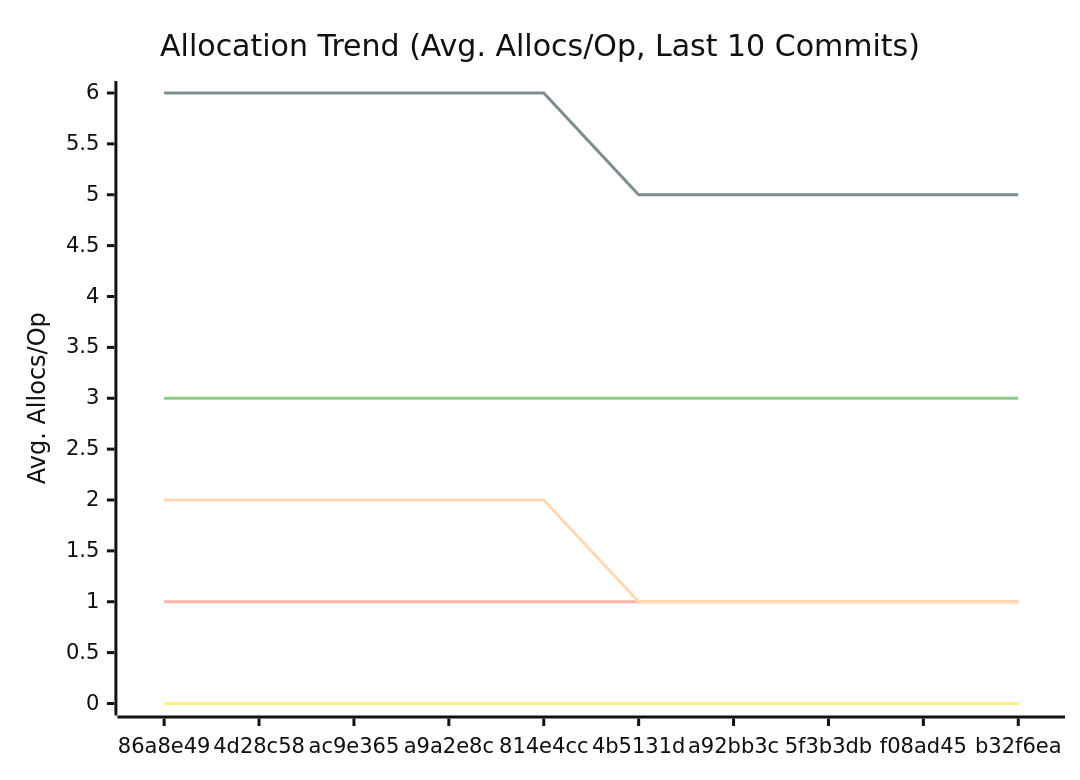
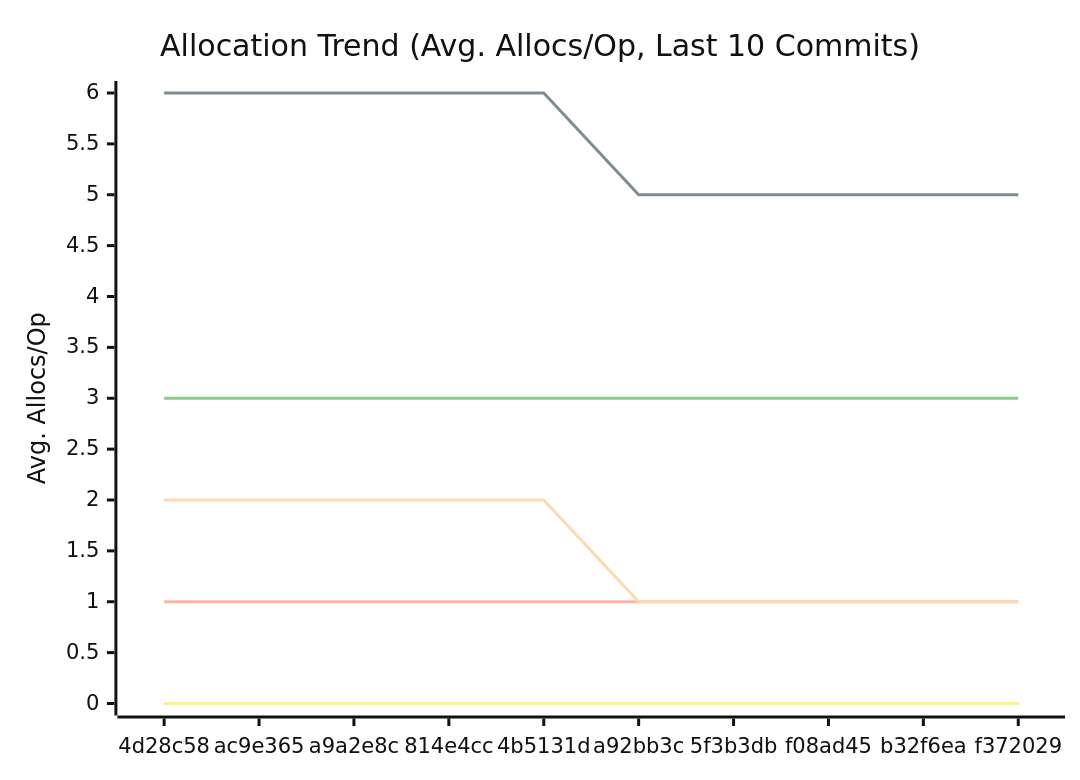
Before and after one commit to alsotoes/momo: the third of 3 diagrams in docs/PERFORMANCE.md, drawn with Mermaid (neutral theme). The commit also changed other lines of this file and 2 other files, not shown here.

````diff
--- a/docs/PERFORMANCE.md
+++ b/docs/PERFORMANCE.md
@@ -114,16 +114,16 @@
 ```mermaid
 xychart-beta
     title "Allocation Trend (Avg. Allocs/Op, Last 10 Commits)"
     x-axis "Commit"
     y-axis "Avg. Allocs/Op"
-    x-axis [86a8e49,4d28c58,ac9e365,a9a2e8c,814e4cc,4b5131d,a92bb3c,5f3b3db,f08ad45,b32f6ea]
+    x-axis [4d28c58,ac9e365,a9a2e8c,814e4cc,4b5131d,a92bb3c,5f3b3db,f08ad45,b32f6ea,f372029]
     line "CheckMetricsAndSwap" [0,0,0,0,0,0,0,0,0,0]
     line "CrushOptimized" [0,0,0,0,0,0,0,0,0,0]
     line "CrushOriginal" [3,3,3,3,3,3,3,3,3,3]
     line "IndexDirectTracking" [0,0,0,0,0,0,0,0,0,0]
     line "IndexSearch" [0,0,0,0,0,0,0,0,0,0]
     line "LoadGlobalConfig" [1,1,1,1,1,1,1,1,1,1]
     line "PadString" [0,0,0,0,0,0,0,0,0,0]
     line "ParseReplicationOrder_NoPrealloc" [6,6,6,6,6,5,5,5,5,5]
     line "ParseReplicationOrder_Prealloc" [2,2,2,2,2,1,1,1,1,1]
 ```
````
